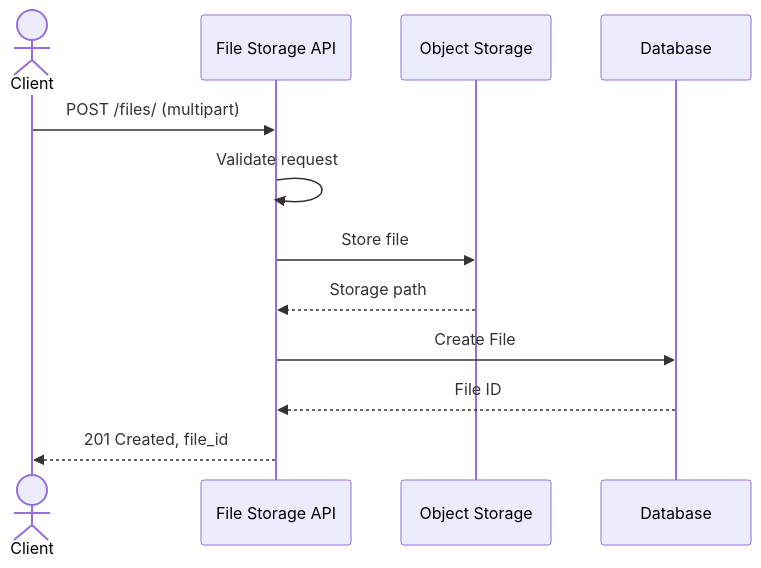
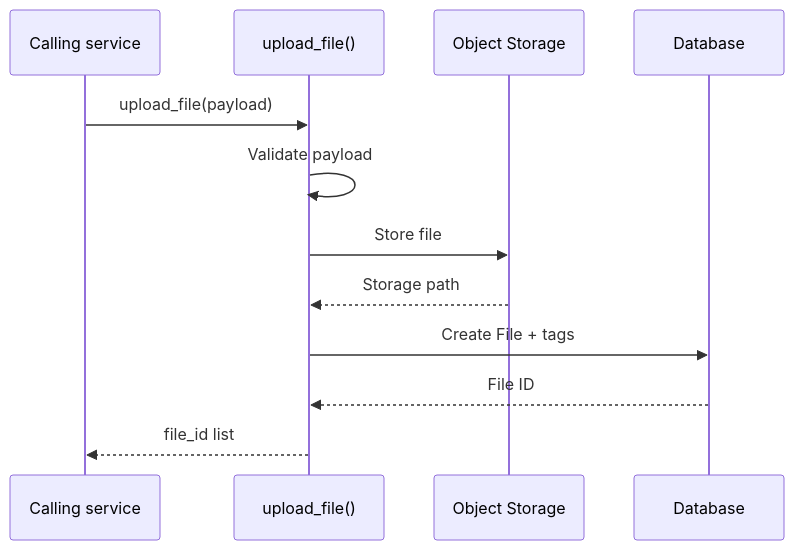
Before and after one commit to pucardotorg/dristi-be: the second of 2 diagrams in spec/0012-file-storage-service.md, drawn with Mermaid. The commit also changed other lines of this file, not shown here.

````diff
--- a/spec/0012-file-storage-service.md
+++ b/spec/0012-file-storage-service.md
@@ -215,15 +248,15 @@
 ```mermaid
 sequenceDiagram
-    actor C as Client
-    participant API as File Storage API
+    participant C as Calling service
+    participant F as upload_file()
     participant S as Object Storage
     participant DB as Database
 
-    C->>API: POST /files/ (multipart)
-    API->>API: Validate request
-    API->>S: Store file
-    S-->>API: Storage path
-    API->>DB: Create File
-    DB-->>API: File ID
-    API-->>C: 201 Created, file_id
+    C->>F: upload_file(payload)
+    F->>F: Validate payload
+    F->>S: Store file
+    S-->>F: Storage path
+    F->>DB: Create File + tags
+    DB-->>F: File ID
+    F-->>C: file_id list
 ```
````
